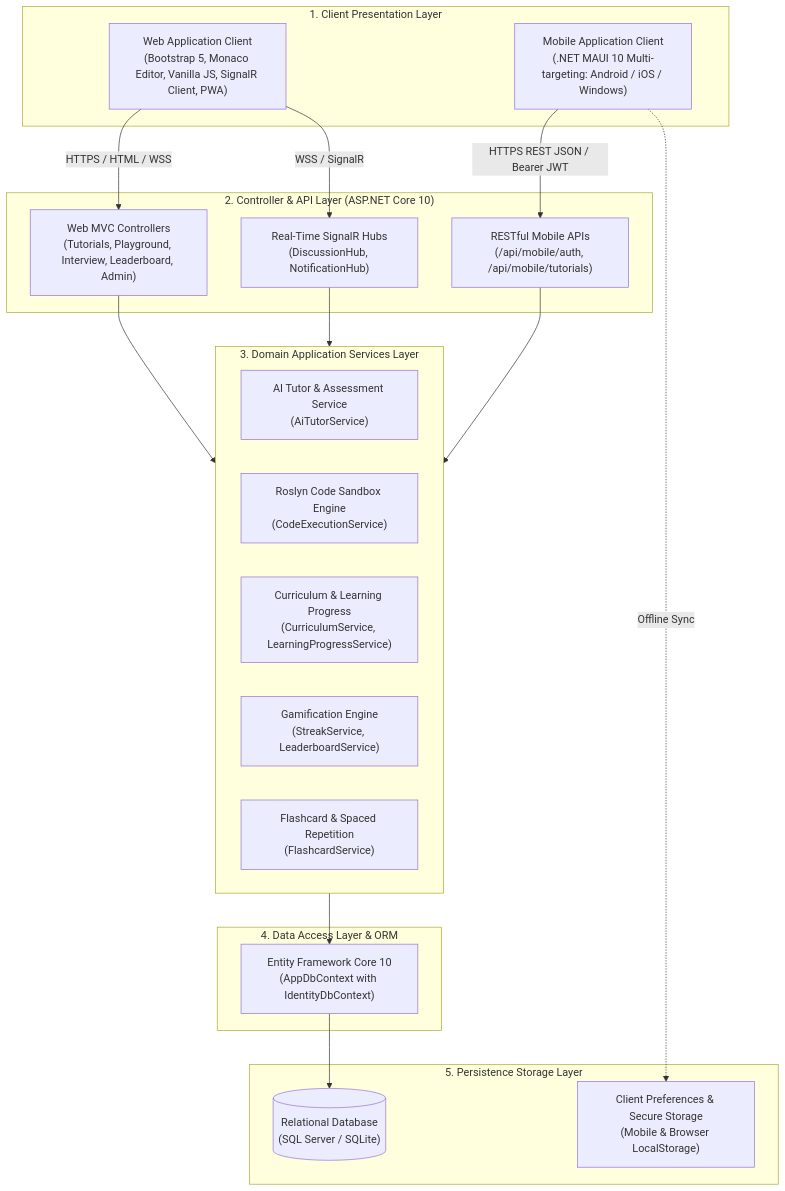
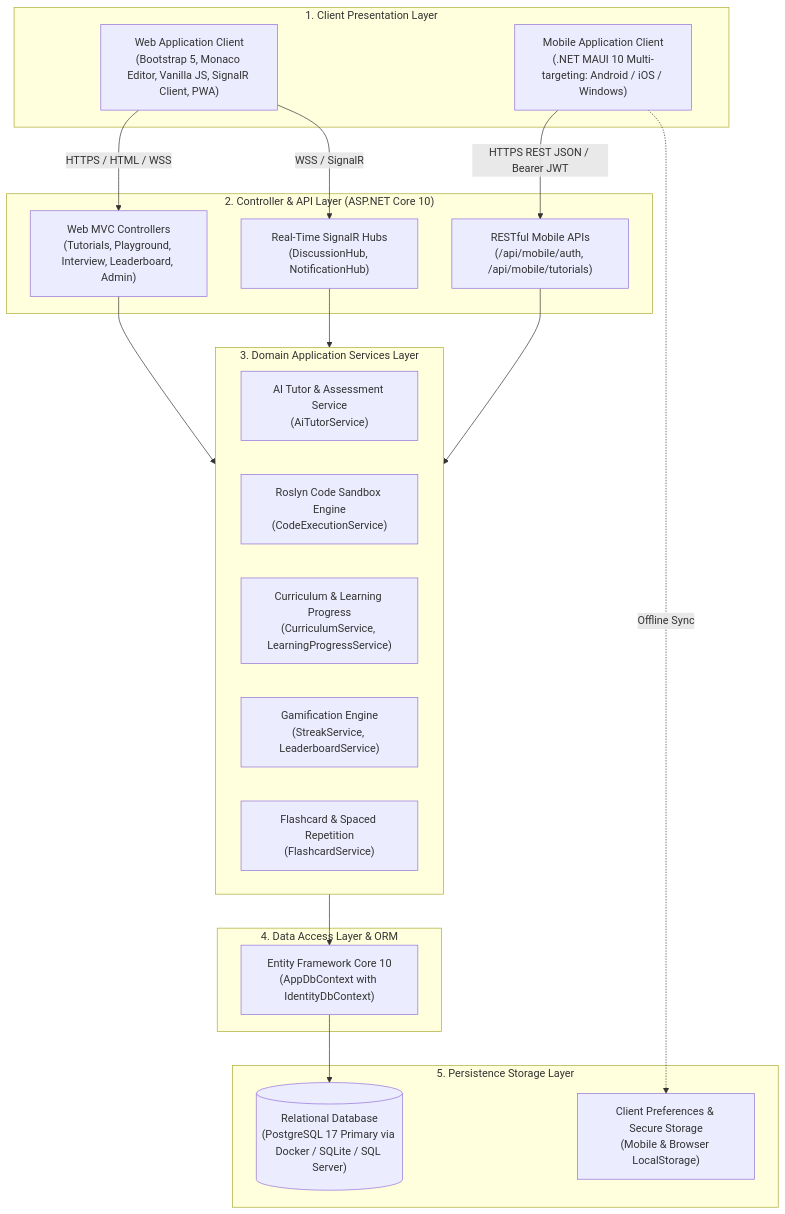
One commit to KaitoDeus/NET-Tutos changed the first of 4 diagrams in docs/02_system_architecture_overview.md. Above: the diagram before and after it, drawn with Mermaid. The commit also changed other lines of this file and 4 other files, not shown here.

Commit message:
docs: align architectural specifications with PostgreSQL 17, Docker Compose, and web/ naming

````diff
--- a/docs/02_system_architecture_overview.md
+++ b/docs/02_system_architecture_overview.md
@@ -15,42 +15,42 @@
 ```mermaid
 graph TB
     subgraph ClientLayer ["1. Client Presentation Layer"]
         WebBrowser["Web Application Client<br/>(Bootstrap 5, Monaco Editor, Vanilla JS, SignalR Client, PWA)"]
         MobileClient["Mobile Application Client<br/>(.NET MAUI 10 Multi-targeting: Android / iOS / Windows)"]
     end
 
     subgraph GatewayAndApi ["2. Controller & API Layer (ASP.NET Core 10)"]
         WebControllers["Web MVC Controllers<br/>(Tutorials, Playground, Interview, Leaderboard, Admin)"]
         MobileApiControllers["RESTful Mobile APIs<br/>(/api/mobile/auth, /api/mobile/tutorials)"]
         SignalRHubs["Real-Time SignalR Hubs<br/>(DiscussionHub, NotificationHub)"]
     end
 
     subgraph ServiceCore ["3. Domain Application Services Layer"]
         AiService["AI Tutor & Assessment Service<br/>(AiTutorService)"]
         RoslynSandbox["Roslyn Code Sandbox Engine<br/>(CodeExecutionService)"]
         LmsService["Curriculum & Learning Progress<br/>(CurriculumService, LearningProgressService)"]
         GamificationService["Gamification Engine<br/>(StreakService, LeaderboardService)"]
         FlashcardServiceCore["Flashcard & Spaced Repetition<br/>(FlashcardService)"]
     end
 
     subgraph DataAccessLayer ["4. Data Access Layer & ORM"]
         EFCore["Entity Framework Core 10<br/>(AppDbContext with IdentityDbContext)"]
     end
 
     subgraph DatabaseLayer ["5. Persistence Storage Layer"]
-        SQLDb[("Relational Database<br/>(SQL Server / SQLite)")]
+        SQLDb[("Relational Database<br/>(PostgreSQL 17 Primary via Docker / SQLite / SQL Server)")]
         LocalCache["Client Preferences & Secure Storage<br/>(Mobile & Browser LocalStorage)"]
     end
 
     WebBrowser -->|HTTPS / HTML / WSS| WebControllers
     WebBrowser -->|WSS / SignalR| SignalRHubs
     MobileClient -->|HTTPS REST JSON / Bearer JWT| MobileApiControllers
     MobileClient -.->|Offline Sync| LocalCache
 
     WebControllers --> ServiceCore
     MobileApiControllers --> ServiceCore
     SignalRHubs --> ServiceCore
 
     ServiceCore --> EFCore
     EFCore --> SQLDb
 ```
````
